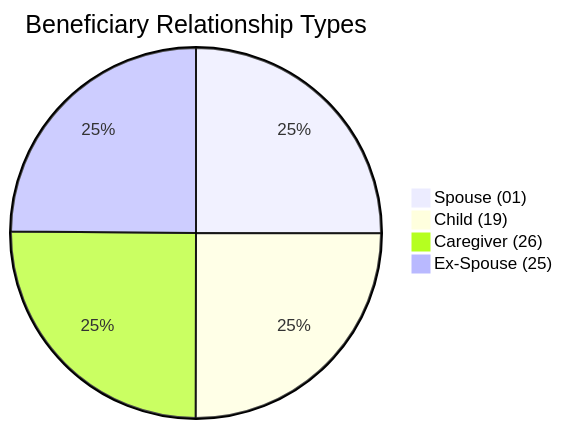
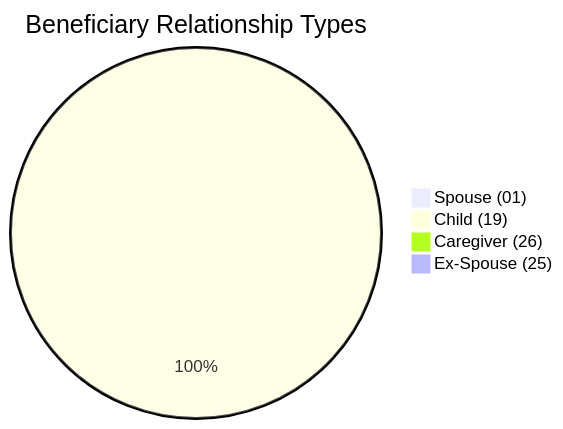
One commit to dhagan-va/intern-2025 changed the ninth of 11 diagrams in test-tools/DataGen/src/Statistics_Visualizer.md. Above: the diagram before and after it, drawn with Mermaid. The commit also changed other lines of this file and 1 other file, not shown here.

````diff
--- a/test-tools/DataGen/src/Statistics_Visualizer.md
+++ b/test-tools/DataGen/src/Statistics_Visualizer.md
@@ -98,7 +98,7 @@
 ```mermaid
 pie title Beneficiary Relationship Types
-    "Spouse (01)" : 25029
-    "Child (19)" : 25001
-    "Caregiver (26)" : 25093
-    "Ex-Spouse (25)" : 24877
+    "Spouse (01)" : 0
+    "Child (19)" : 1
+    "Caregiver (26)" : 0
+    "Ex-Spouse (25)" : 0
 ```
````
